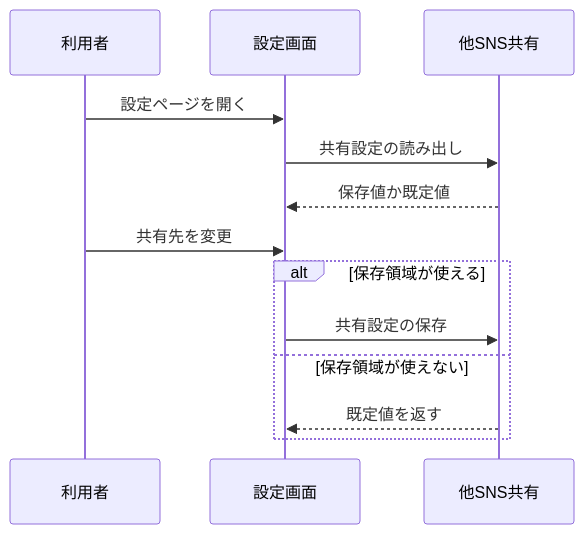
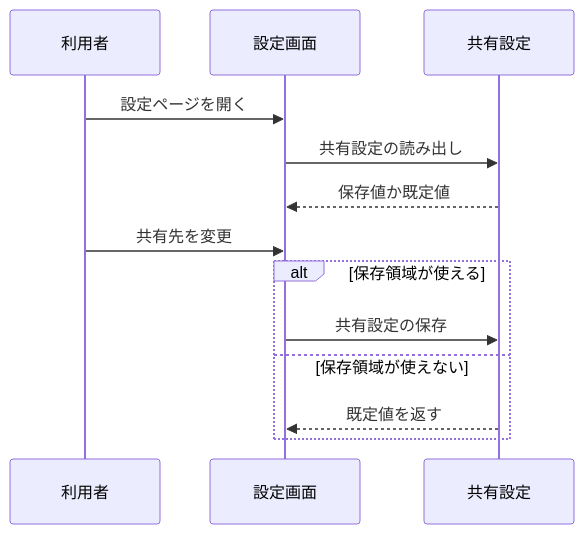
Before and after one commit to nekono-dev/skyshare: the fourth of 5 diagrams in docs/architecture/app-shell.md, drawn with Mermaid. The commit also changed other lines of this file and 15 other files, not shown here.

````diff
--- a/docs/architecture/app-shell.md
+++ b/docs/architecture/app-shell.md
@@ -82,15 +82,15 @@
 ```mermaid
 sequenceDiagram
   participant ext_user as 利用者
   participant settings as 設定画面
-  participant share as 他SNS共有
+  participant share as 共有設定
   ext_user->>settings: 設定ページを開く
   settings->>share: 共有設定の読み出し
   share-->>settings: 保存値か既定値
   ext_user->>settings: 共有先を変更
   alt 保存領域が使える
     settings->>share: 共有設定の保存
   else 保存領域が使えない
     share-->>settings: 既定値を返す
   end
 ```
````
